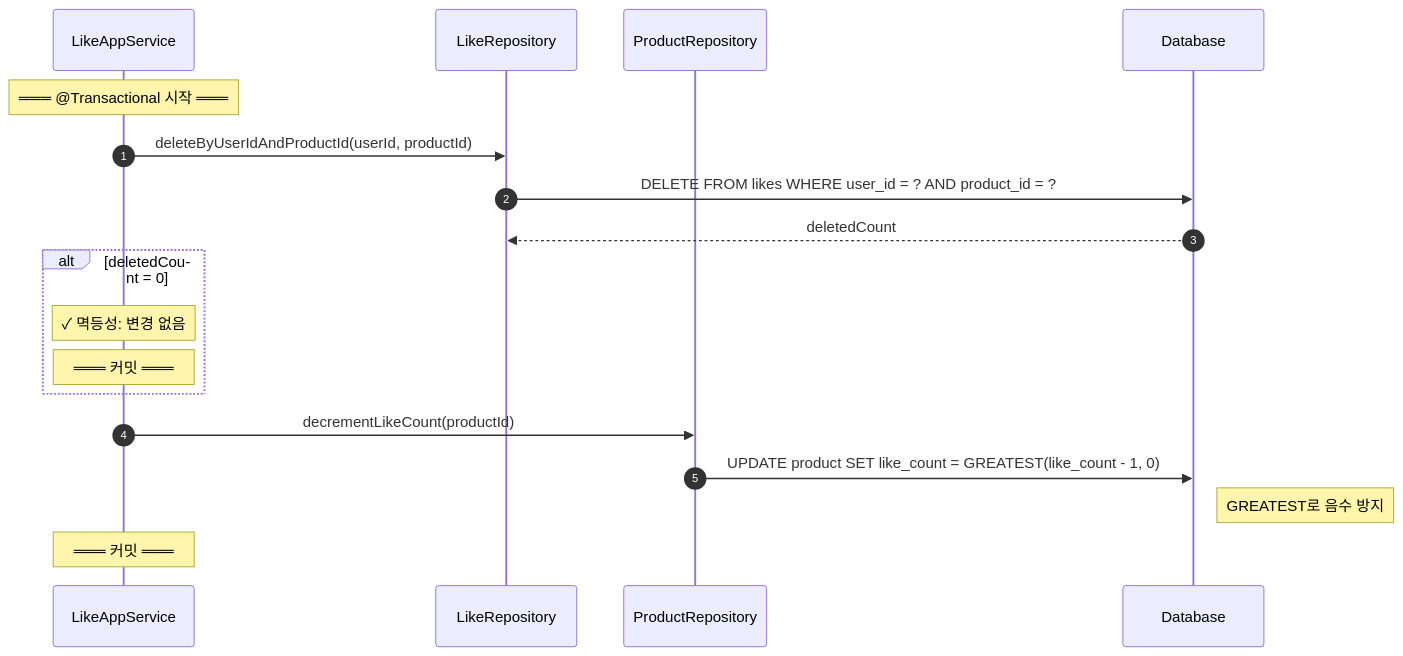
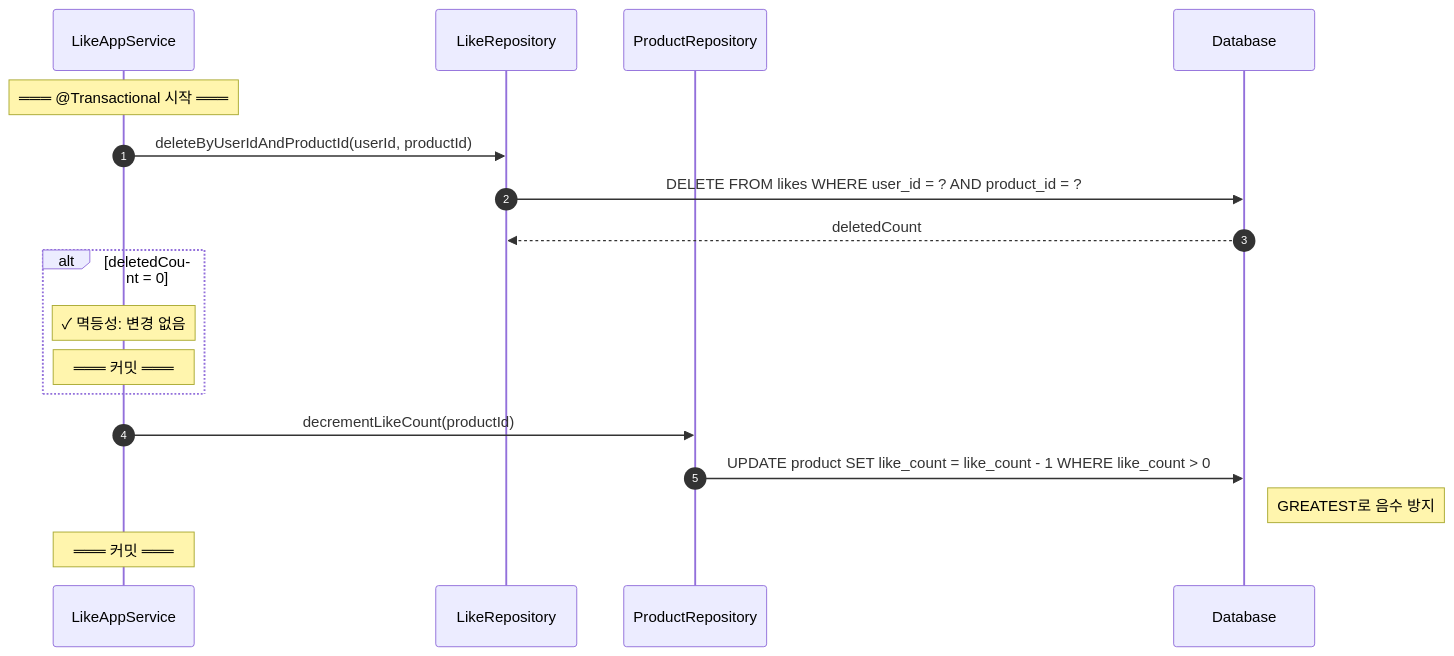
The third of 4 diagrams in docs/design/02-sequence-diagram-tech.md (Loopers-dev-lab/loop-pack-be-l2-vol3-kotlin), drawn with Mermaid before and after one commit. The commit also changed 2 other files, not shown here.

Commit message:
docs: 설계문서 현행 코드 sync
- 01-requirements: 주문 상태 PENDING 유지로 통일, 즉시 COMPLETED 제거
- 02-sequence-diagram-tech: decrementLikeCount SQL WHERE 조건 반영
- 03-class-diagram: Repository 인터페이스, OrderItemFactory, assert 메서드, ProductSortType 반영

````diff
--- a/docs/design/02-sequence-diagram-tech.md
+++ b/docs/design/02-sequence-diagram-tech.md
@@ -218,25 +218,25 @@
 ```mermaid
 sequenceDiagram
     autonumber
     participant App as LikeAppService
     participant LikeRepo as LikeRepository
     participant ProdRepo as ProductRepository
     participant DB as Database
 
     Note over App: ═══ @Transactional 시작 ═══
 
     App->>LikeRepo: deleteByUserIdAndProductId(userId, productId)
     LikeRepo->>DB: DELETE FROM likes WHERE user_id = ? AND product_id = ?
     DB-->>LikeRepo: deletedCount
 
     alt deletedCount = 0
         Note over App: ✓ 멱등성: 변경 없음
         Note over App: ═══ 커밋 ═══
     end
 
     App->>ProdRepo: decrementLikeCount(productId)
-    ProdRepo->>DB: UPDATE product SET like_count = GREATEST(like_count - 1, 0)
+    ProdRepo->>DB: UPDATE product SET like_count = like_count - 1 WHERE like_count > 0
     Note right of DB: GREATEST로 음수 방지
 
     Note over App: ═══ 커밋 ═══
 ```
````
